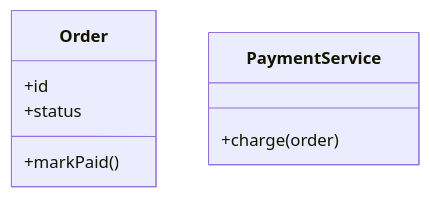
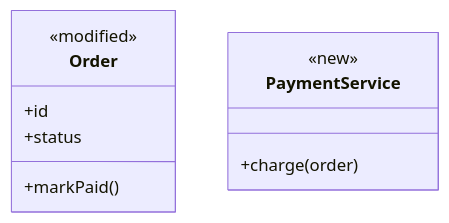
Before and after one commit to chienchien6/waterball: the first of 6 diagrams in .agents/skills/plan-with-class-diagram/rules/類別圖設計判準.md, drawn with Mermaid. The commit also changed other lines of this file and 2 other files, not shown here.

Commit message:
skill-engineering 來重構 plan-with-class-diagram 在不改變既有行為的前提下，找出可優化之處

````diff
--- a/.agents/skills/plan-with-class-diagram/rules/類別圖設計判準.md
+++ b/.agents/skills/plan-with-class-diagram/rules/類別圖設計判準.md
@@ -11,11 +11,13 @@
 ```mermaid
 classDiagram
     class Order {
+        <<modified>>
         +id
         +status
         +markPaid()
     }
     class PaymentService {
+        <<new>>
         +charge(order)
     }
 ```
````
